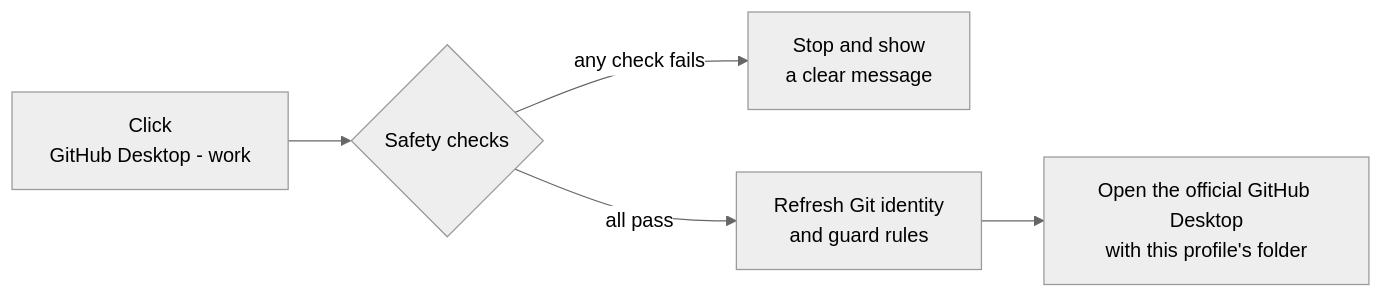
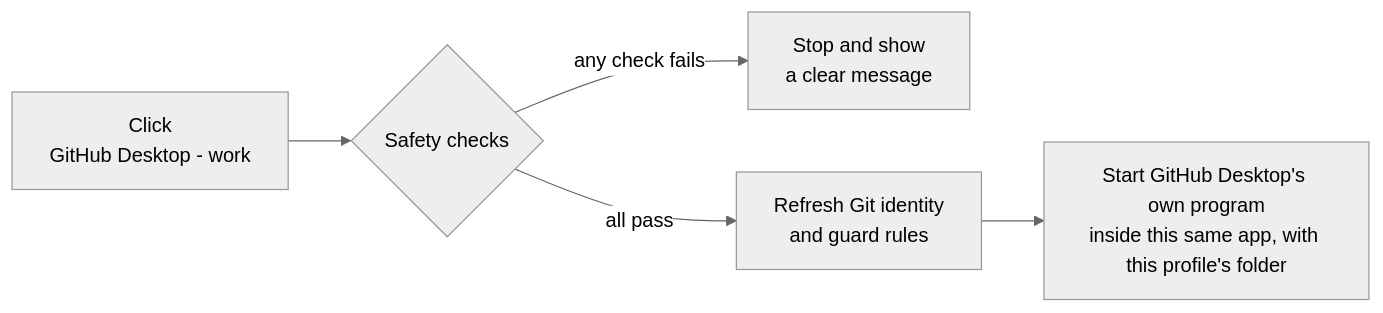
Before and after one commit to shiv-exe-crashed/Github_on_steroids: the diagram in docs/HOW_IT_WORKS.md, drawn with Mermaid (neutral theme). The commit also changed other lines of this file and 6 other files, not shown here.

````diff
--- a/docs/HOW_IT_WORKS.md
+++ b/docs/HOW_IT_WORKS.md
@@ -46,7 +48,7 @@
 ```mermaid
 flowchart LR
     A["Click<br/>GitHub Desktop - work"] --> B{"Safety checks"}
     B -- "any check fails" --> X["Stop and show<br/>a clear message"]
     B -- "all pass" --> C["Refresh Git identity<br/>and guard rules"]
-    C --> D["Open the official GitHub Desktop<br/>with this profile's folder"]
+    C --> D["Start GitHub Desktop's own program<br/>inside this same app, with this profile's folder"]
 ```
````
